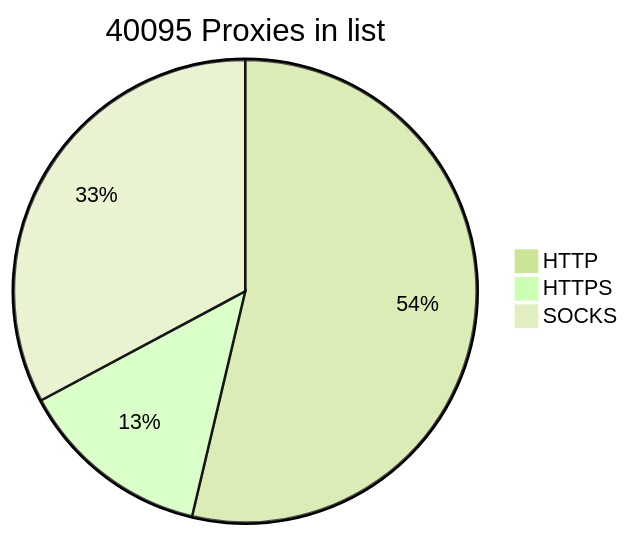
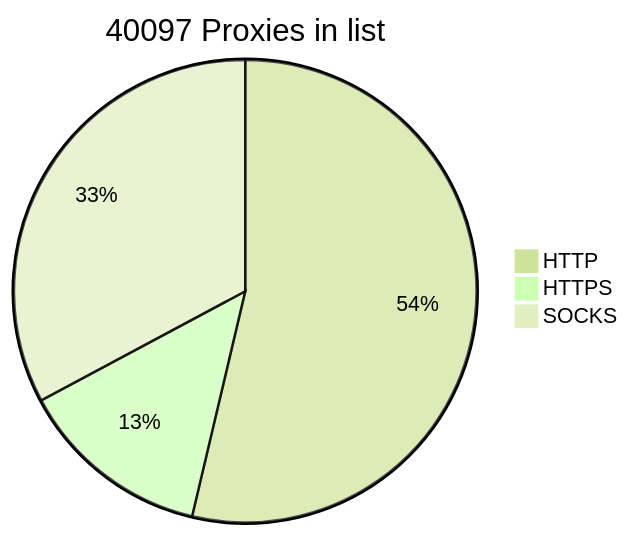
Before and after one commit to BlackSnowDot/proxylist-update-every-minute: the diagram in README.md, drawn with Mermaid (forest theme).

````diff
--- a/README.md
+++ b/README.md
@@ -2,6 +2,6 @@
 ```mermaid
-pie title 40095 Proxies in list
+pie title 40097 Proxies in list
     "HTTP" : 23995
     "HTTPS": 6031
-    "SOCKS" : 14664
+    "SOCKS" : 14666
 ```
````
